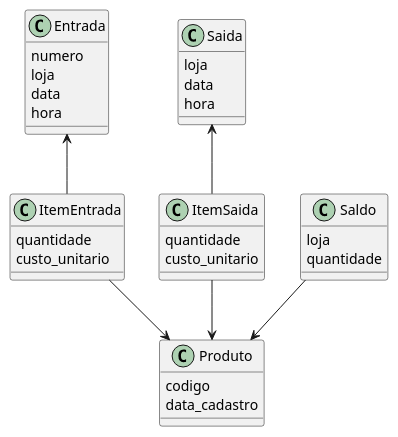
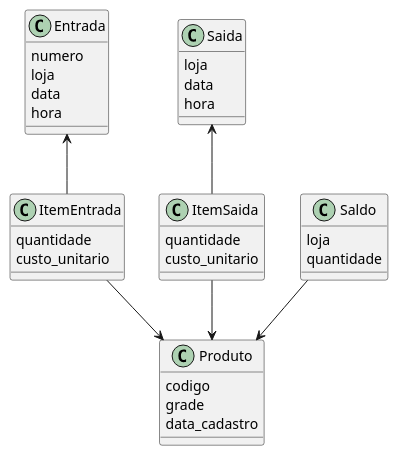
Before and after one commit to ivaneyvieira/engEstoque-Archive: the diagram in diagramas/modelo.puml, drawn with PlantUML. The commit also changed 2 other files, not shown here.

```diff
--- a/diagramas/modelo.puml
+++ b/diagramas/modelo.puml
@@ -1,40 +1,41 @@
 @startuml modelo
 class Produto{
 	codigo
+	grade
 	data_cadastro
 }
 
 class ItemEntrada{
 	quantidade
 	custo_unitario
 }
 
 class Entrada{
 	numero
 	loja
 	data
 	hora
 }
 
 class ItemSaida{
 	quantidade
 	custo_unitario
 }
 
 class Saida{
 	loja
 	data
 	hora
 }
 
 class Saldo{
 	loja
 	quantidade
 }
 
 Entrada			<-- ItemEntrada
 Saida				<-- ItemSaida
 ItemEntrada	-->	Produto
 ItemSaida		-->	Produto
 Saldo				-->	Produto
 @enduml
```
